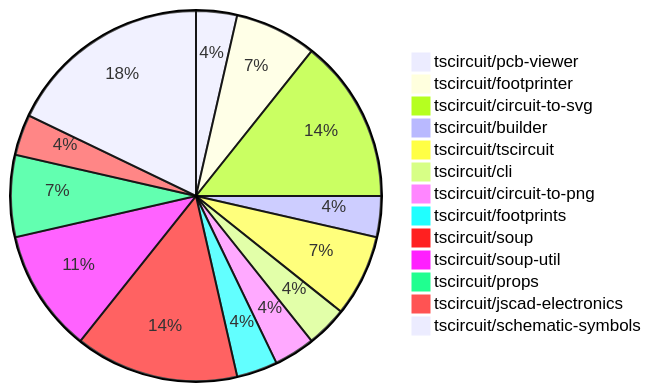
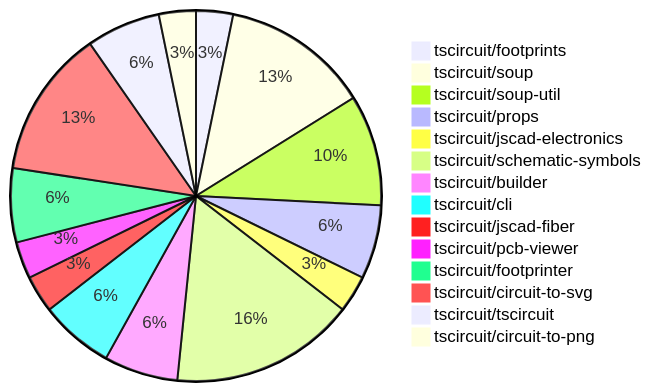
One commit to tscircuit/contribution-tracker changed the diagram in README.md. Above: the diagram before and after it, drawn with Mermaid. The commit also changed other lines of this file and 1 other file, not shown here.

````diff
--- a/README.md
+++ b/README.md
@@ -24,16 +24,17 @@
 ```mermaid
 pie
-    "tscircuit/pcb-viewer" : 1
-    "tscircuit/footprinter" : 2
-    "tscircuit/circuit-to-svg" : 4
-    "tscircuit/builder" : 1
-    "tscircuit/tscircuit" : 2
-    "tscircuit/cli" : 1
-    "tscircuit/circuit-to-png" : 1
     "tscircuit/footprints" : 1
     "tscircuit/soup" : 4
     "tscircuit/soup-util" : 3
     "tscircuit/props" : 2
     "tscircuit/jscad-electronics" : 1
     "tscircuit/schematic-symbols" : 5
+    "tscircuit/builder" : 2
+    "tscircuit/cli" : 2
+    "tscircuit/jscad-fiber" : 1
+    "tscircuit/pcb-viewer" : 1
+    "tscircuit/footprinter" : 2
+    "tscircuit/circuit-to-svg" : 4
+    "tscircuit/tscircuit" : 2
+    "tscircuit/circuit-to-png" : 1
 ```
````
